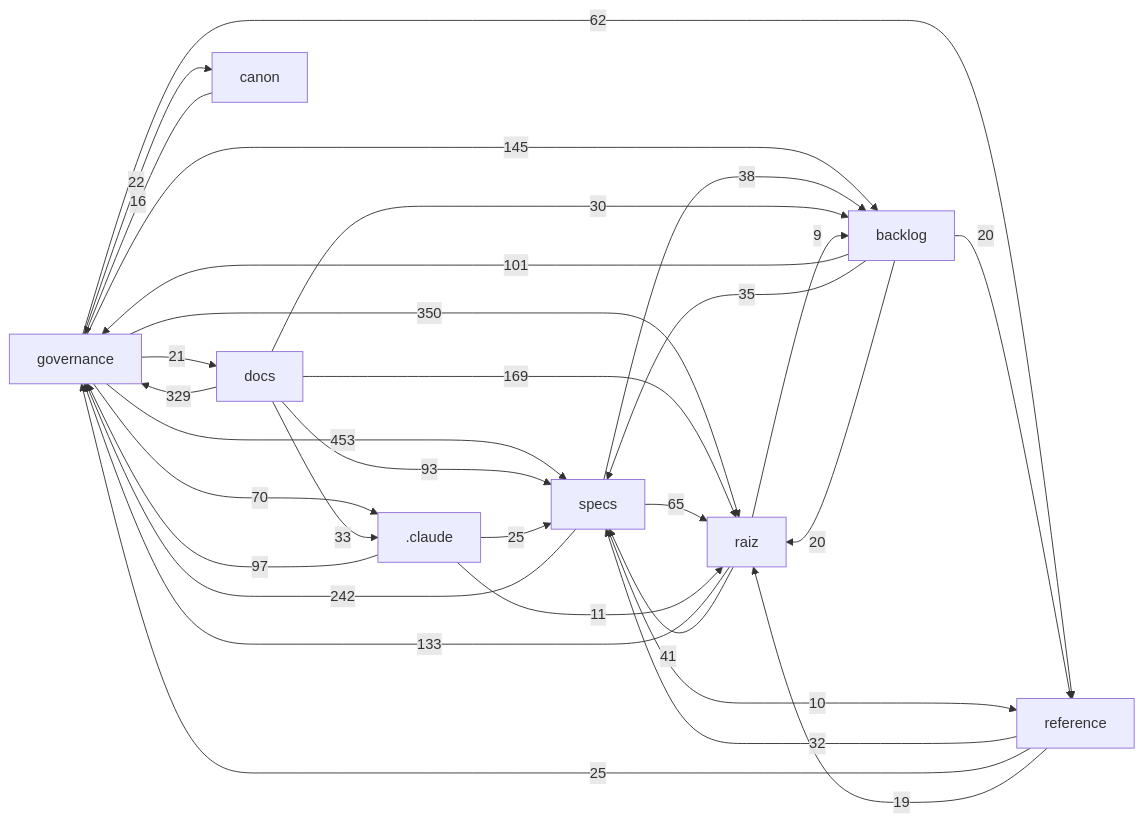
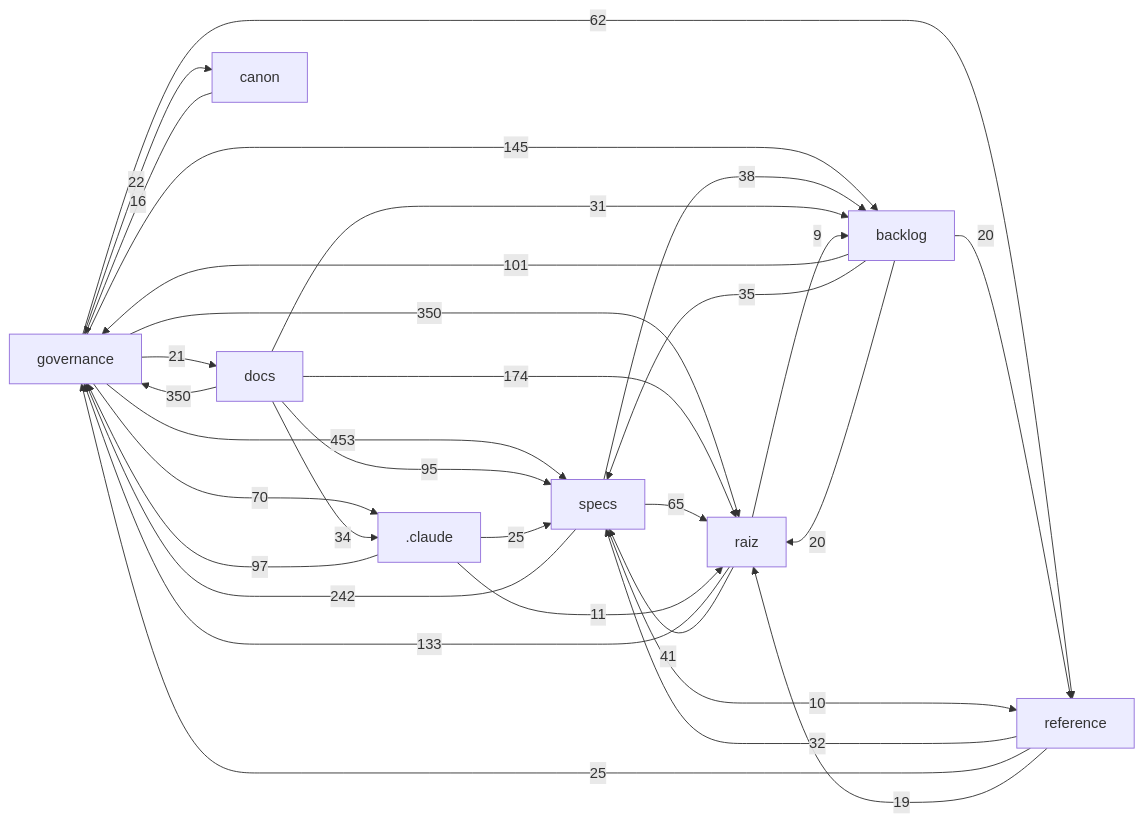
One commit to Andraus35/Sistema-Operacional-de-Trading--SOT changed the diagram in docs/mapa/MAPA-PROJETO.md. Above: the diagram before and after it, drawn with Mermaid. The commit also changed other lines of this file and 5 other files, not shown here.

````diff
--- a/docs/mapa/MAPA-PROJETO.md
+++ b/docs/mapa/MAPA-PROJETO.md
@@ -29,33 +29,33 @@
 ```mermaid
 flowchart LR
   governance["governance"] -->|453| specs["specs"]
+  docs["docs"] -->|350| governance["governance"]
   governance["governance"] -->|350| raiz["raiz"]
-  docs["docs"] -->|329| governance["governance"]
   specs["specs"] -->|242| governance["governance"]
-  docs["docs"] -->|169| raiz["raiz"]
+  docs["docs"] -->|174| raiz["raiz"]
   governance["governance"] -->|145| backlog["backlog"]
   raiz["raiz"] -->|133| governance["governance"]
   backlog["backlog"] -->|101| governance["governance"]
   _claude[".claude"] -->|97| governance["governance"]
-  docs["docs"] -->|93| specs["specs"]
+  docs["docs"] -->|95| specs["specs"]
   governance["governance"] -->|70| _claude[".claude"]
   specs["specs"] -->|65| raiz["raiz"]
   governance["governance"] -->|62| reference["reference"]
   raiz["raiz"] -->|41| specs["specs"]
   specs["specs"] -->|38| backlog["backlog"]
   backlog["backlog"] -->|35| specs["specs"]
-  docs["docs"] -->|33| _claude[".claude"]
+  docs["docs"] -->|34| _claude[".claude"]
   reference["reference"] -->|32| specs["specs"]
-  docs["docs"] -->|30| backlog["backlog"]
+  docs["docs"] -->|31| backlog["backlog"]
   _claude[".claude"] -->|25| specs["specs"]
   reference["reference"] -->|25| governance["governance"]
   governance["governance"] -->|22| canon["canon"]
   governance["governance"] -->|21| docs["docs"]
   backlog["backlog"] -->|20| raiz["raiz"]
   backlog["backlog"] -->|20| reference["reference"]
   reference["reference"] -->|19| raiz["raiz"]
   canon["canon"] -->|16| governance["governance"]
   _claude[".claude"] -->|11| raiz["raiz"]
   specs["specs"] -->|10| reference["reference"]
   raiz["raiz"] -->|9| backlog["backlog"]
 ```
````
